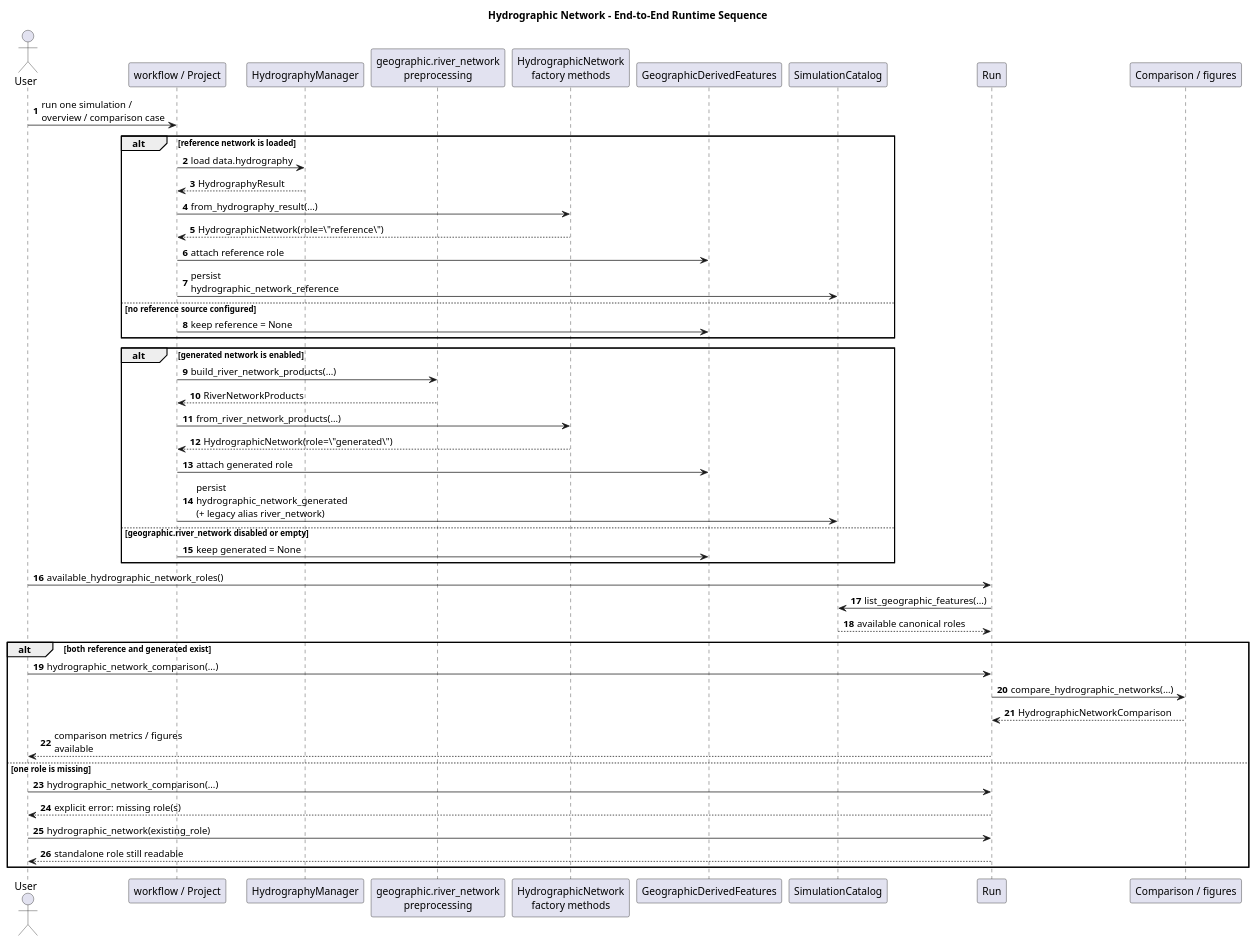
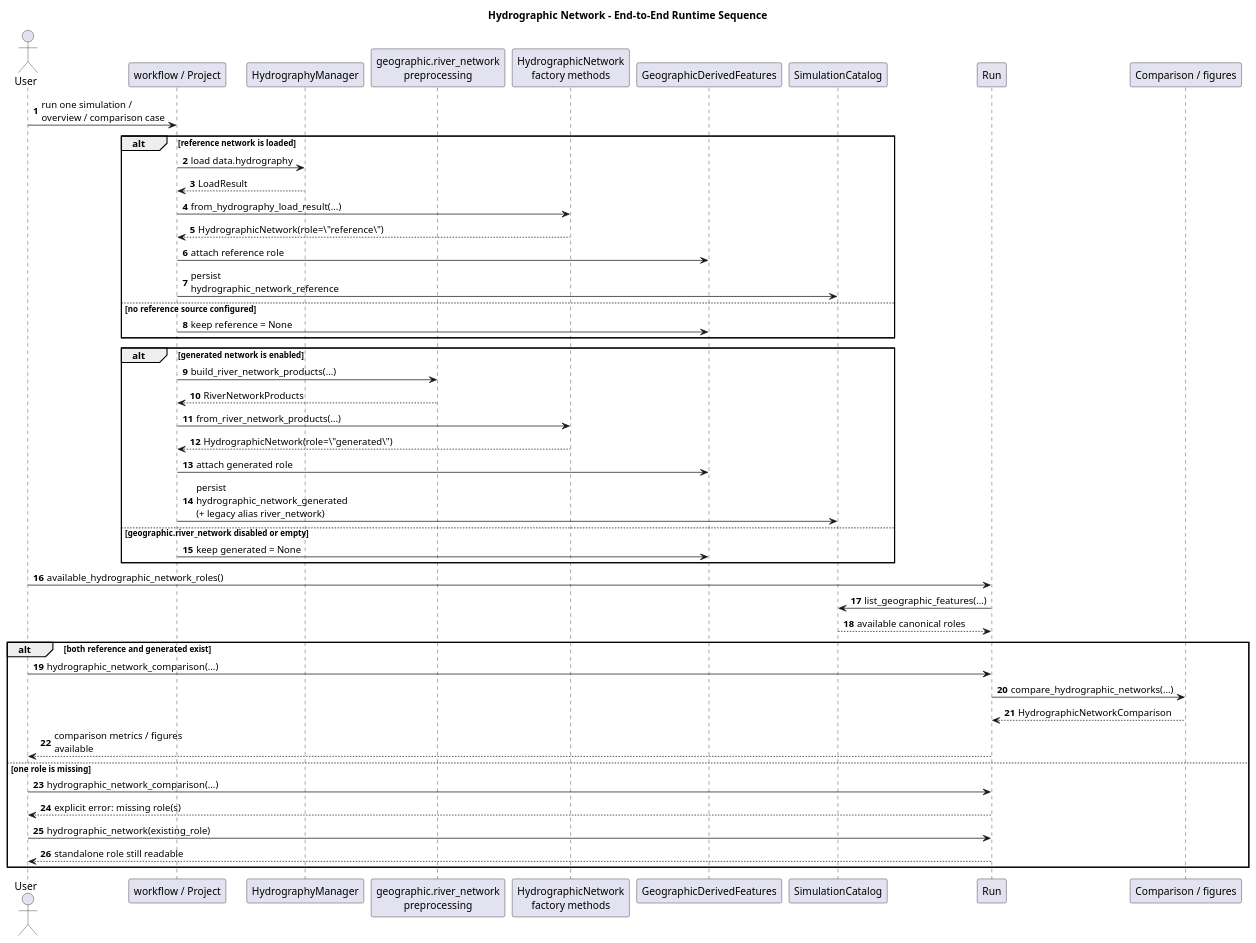
The diagram in docs/readthedocs/source/architecture/overview/diagrams/hydrographic_network_runtime_sequence.wsd (HydroModPy/HydroModPy), drawn with PlantUML before and after one commit. The commit also changed 23 other files, not shown here.

```diff
--- a/docs/readthedocs/source/architecture/overview/diagrams/hydrographic_network_runtime_sequence.wsd
+++ b/docs/readthedocs/source/architecture/overview/diagrams/hydrographic_network_runtime_sequence.wsd
@@ -1,56 +1,56 @@
 @startuml
 title Hydrographic Network - End-to-End Runtime Sequence
 autonumber
 skinparam wrapWidth 180
 skinparam maxMessageSize 180
 
 actor User
 participant "workflow / Project" as Workflow
 participant "HydrographyManager" as HydroMgr
 participant "geographic.river_network\npreprocessing" as GeoRiver
 participant "HydrographicNetwork\nfactory methods" as Factory
 participant "GeographicDerivedFeatures" as Features
 participant "SimulationCatalog" as Catalog
 participant "Run" as Run
 participant "Comparison / figures" as Compare
 
 User -> Workflow : run one simulation / overview / comparison case
 
 alt reference network is loaded
   Workflow -> HydroMgr : load data.hydrography
-  HydroMgr --> Workflow : HydrographyResult
-  Workflow -> Factory : from_hydrography_result(...)
+  HydroMgr --> Workflow : LoadResult
+  Workflow -> Factory : from_hydrography_load_result(...)
   Factory --> Workflow : HydrographicNetwork(role=\"reference\")
   Workflow -> Features : attach reference role
   Workflow -> Catalog : persist hydrographic_network_reference
 else no reference source configured
   Workflow -> Features : keep reference = None
 end
 
 alt generated network is enabled
   Workflow -> GeoRiver : build_river_network_products(...)
   GeoRiver --> Workflow : RiverNetworkProducts
   Workflow -> Factory : from_river_network_products(...)
   Factory --> Workflow : HydrographicNetwork(role=\"generated\")
   Workflow -> Features : attach generated role
   Workflow -> Catalog : persist hydrographic_network_generated\n(+ legacy alias river_network)
 else geographic.river_network disabled or empty
   Workflow -> Features : keep generated = None
 end
 
 User -> Run : available_hydrographic_network_roles()
 Run -> Catalog : list_geographic_features(...)
 Catalog --> Run : available canonical roles
 
 alt both reference and generated exist
   User -> Run : hydrographic_network_comparison(...)
   Run -> Compare : compare_hydrographic_networks(...)
   Compare --> Run : HydrographicNetworkComparison
   Run --> User : comparison metrics / figures available
 else one role is missing
   User -> Run : hydrographic_network_comparison(...)
   Run --> User : explicit error: missing role(s)
   User -> Run : hydrographic_network(existing_role)
   Run --> User : standalone role still readable
 end
 @enduml
```
